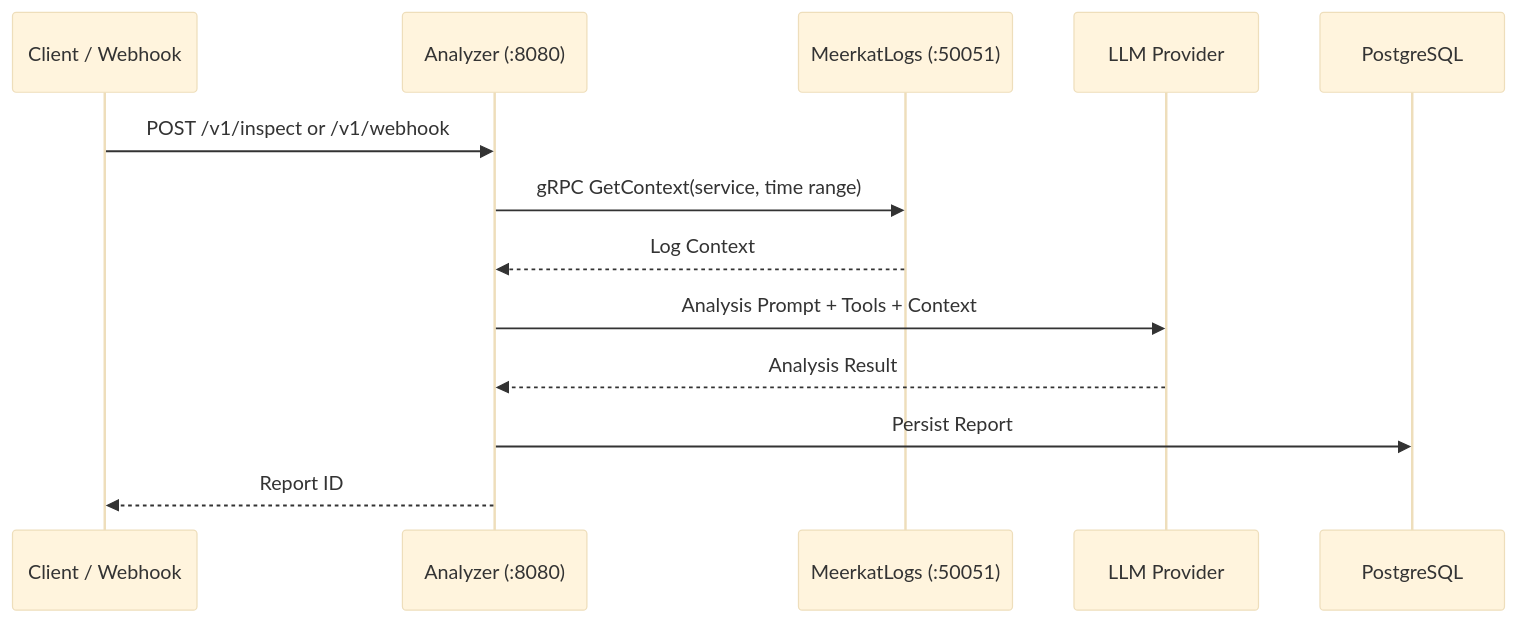
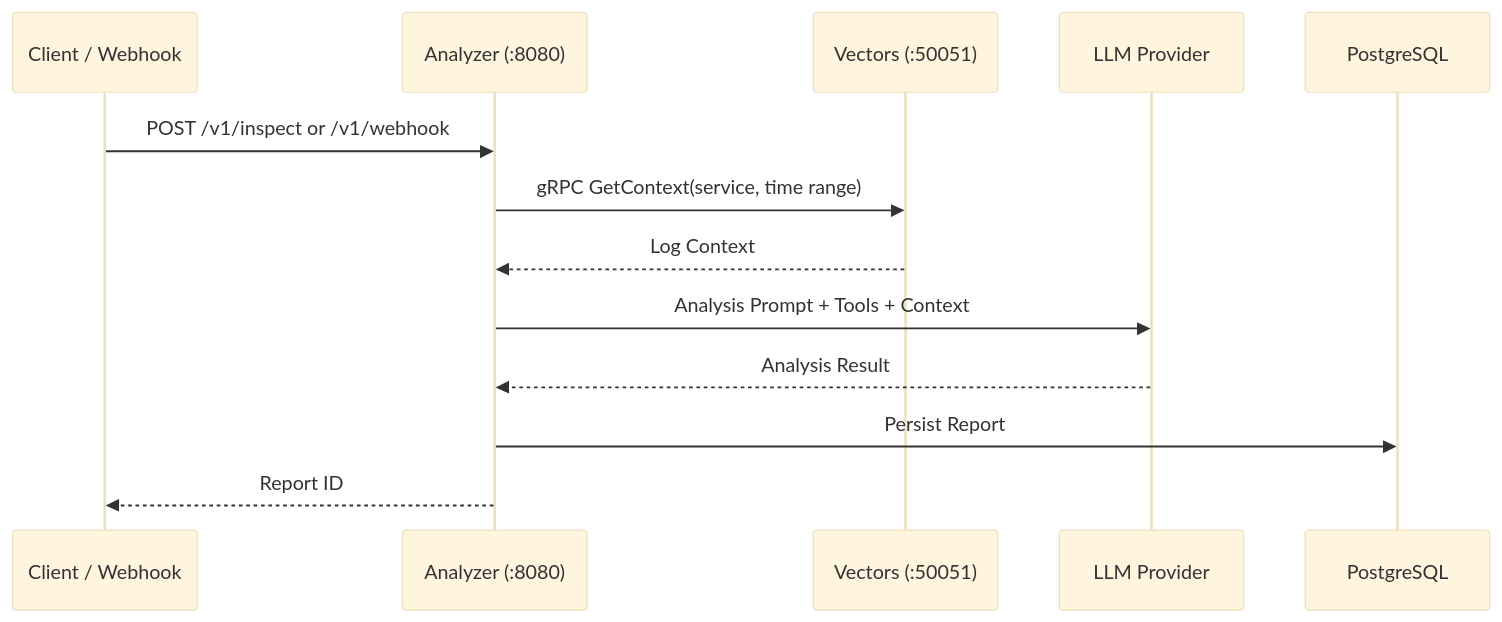
One commit to serengeti-sh/meerkat changed the third of 3 diagrams in README.md. Above: the diagram before and after it, drawn with Mermaid (base theme). The commit also changed other lines of this file and 7 other files, not shown here.

````diff
--- a/README.md
+++ b/README.md
@@ -64,16 +58,16 @@
 ```mermaid
 sequenceDiagram
     participant Client as Client / Webhook
     participant Analyzer as Analyzer (:8080)
-    participant ML as MeerkatLogs (:50051)
+    participant Vectors as Vectors (:50051)
     participant LLM as LLM Provider
     participant DB as PostgreSQL
 
     Client->>Analyzer: POST /v1/inspect or /v1/webhook
-    Analyzer->>ML: gRPC GetContext(service, time range)
-    ML-->>Analyzer: Log Context
+    Analyzer->>Vectors: gRPC GetContext(service, time range)
+    Vectors-->>Analyzer: Log Context
     Analyzer->>LLM: Analysis Prompt + Tools + Context
     LLM-->>Analyzer: Analysis Result
     Analyzer->>DB: Persist Report
     Analyzer-->>Client: Report ID
 ```
````
